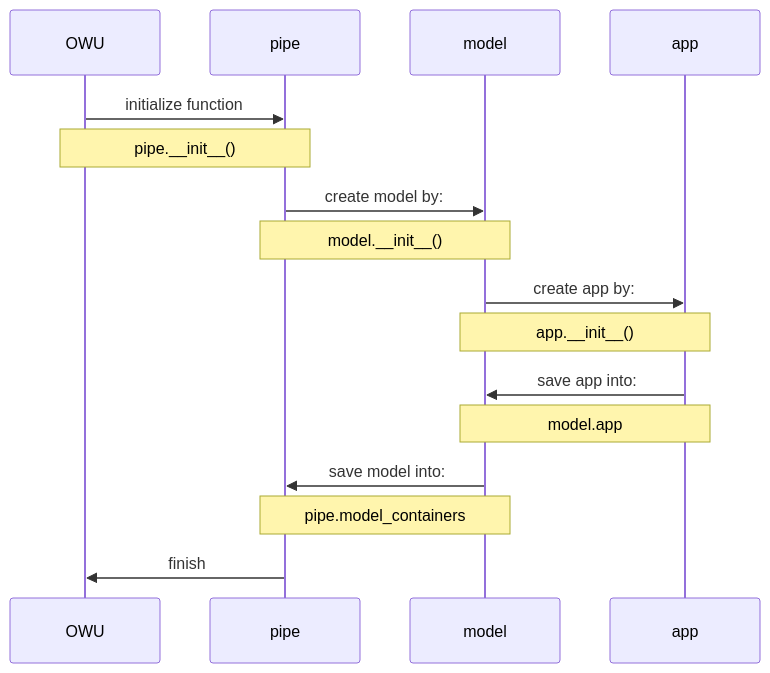
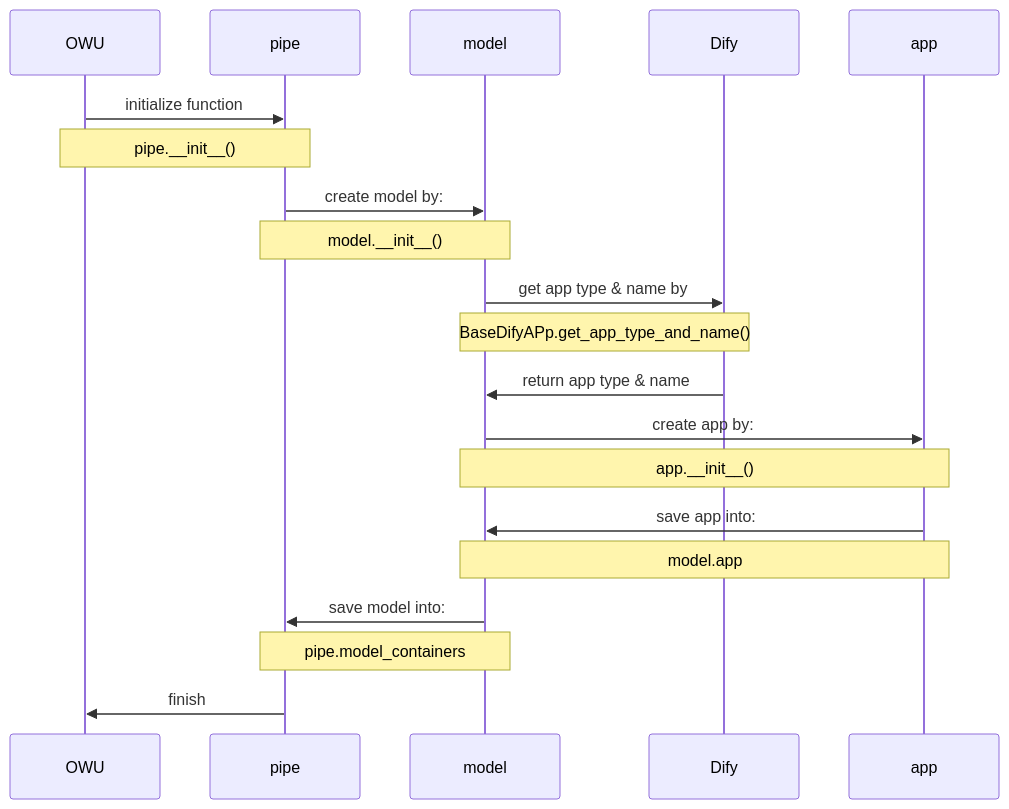
One commit to kami-lel/dify-open-webui-adapter changed the second of 3 diagrams in README.md. Above: the diagram before and after it, drawn with Mermaid. The commit also changed other lines of this file and 1 other file, not shown here.

Commit message:
add Dify app-type flow notes; flag refactor TODOs
~`README.md` Remove outdated TODO comments and add missing dify diagram in README
!`dify_open_webui_adapter.py` Add FIXME comments on static method use and updating current user message

````diff
--- a/README.md
+++ b/README.md
@@ -147,19 +147,24 @@
 ```mermaid
 sequenceDiagram
     OWU->>pipe: initialize function
     note over OWU,pipe: pipe.__init__()
 
     pipe->>model: create model by:
     note over pipe,model: model.__init__()
+
+    model->>Dify: get app type & name by
+    note over model,Dify: BaseDifyAPp.get_app_type_and_name()
+
+    Dify->>model: return app type & name
 
     model->>app: create app by:
     note over model,app: app.__init__()
 
     app->>model: save app into:
     note over app,model: model.app
 
     model->>pipe: save model into:
     note over pipe,model: pipe.model_containers
 
     pipe->>OWU:finish
 ```
````
